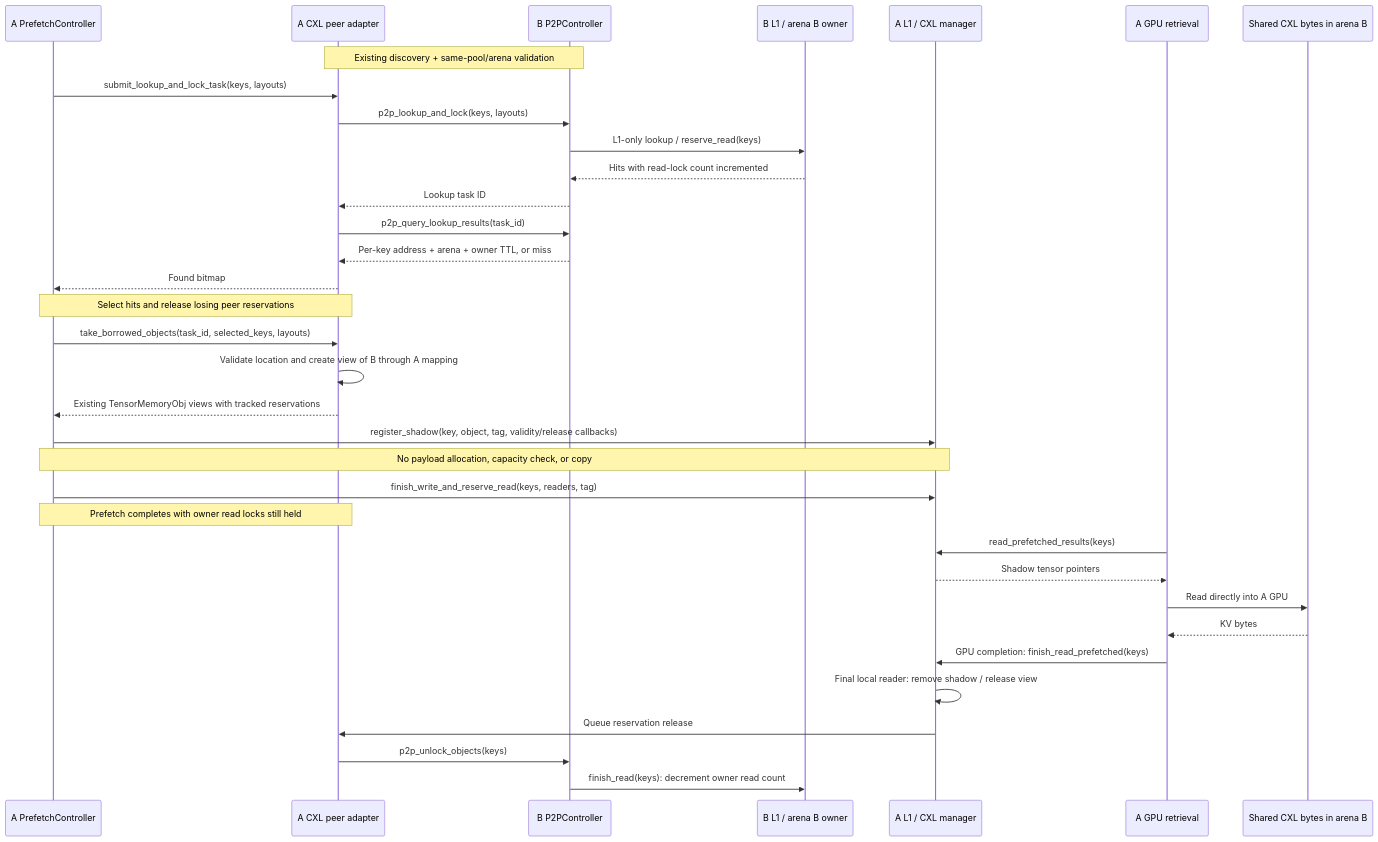
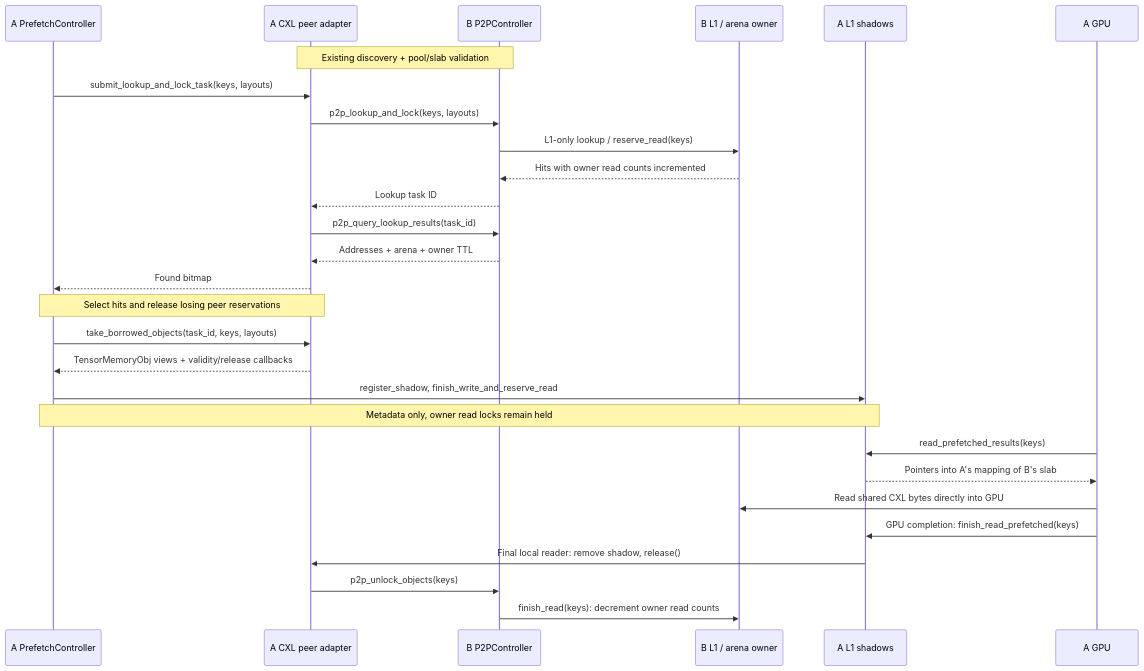
The diagram in docs/design/v1/cxl-kv-sharing.md (LMCache/LMCache), drawn with Mermaid before and after one commit. The commit also changed other lines of this file and 5 other files, not shown here.

Commit message:
refactor: simplify CXL shadow lifetimes

````diff
--- a/docs/design/v1/cxl-kv-sharing.md
+++ b/docs/design/v1/cxl-kv-sharing.md
@@ -110,37 +68,31 @@
 ```mermaid
 sequenceDiagram
     participant PC as A PrefetchController
     participant PA as A CXL peer adapter
     participant PB as B P2PController
-    participant LB as B L1 / arena B owner
-    participant LA as A L1 / CXL manager
-    participant GPU as A GPU retrieval
-    participant CXL as Shared CXL bytes in arena B
+    participant LB as B L1 / arena owner
+    participant LA as A L1 shadows
+    participant GPU as A GPU
 
-    Note over PA,PB: Existing discovery + same-pool/arena validation
+    Note over PA,PB: Existing discovery + pool/slab validation
     PC->>PA: submit_lookup_and_lock_task(keys, layouts)
     PA->>PB: p2p_lookup_and_lock(keys, layouts)
     PB->>LB: L1-only lookup / reserve_read(keys)
-    LB-->>PB: Hits with read-lock count incremented
+    LB-->>PB: Hits with owner read counts incremented
     PB-->>PA: Lookup task ID
     PA->>PB: p2p_query_lookup_results(task_id)
-    PB-->>PA: Per-key address + arena + owner TTL, or miss
+    PB-->>PA: Addresses + arena + owner TTL
     PA-->>PC: Found bitmap
     Note over PC,PA: Select hits and release losing peer reservations
-    PC->>PA: take_borrowed_objects(task_id, selected_keys, layouts)
-    PA->>PA: Validate location and create view of B through A mapping
-    PA-->>PC: Existing TensorMemoryObj views with tracked reservations
-    PC->>LA: register_shadow(key, object, tag, validity/release callbacks)
-    Note over PC,LA: No payload allocation, capacity check, or copy
-    PC->>LA: finish_write_and_reserve_read(keys, readers, tag)
-    Note over PC,PA: Prefetch completes with owner read locks still held
+    PC->>PA: take_borrowed_objects(task_id, keys, layouts)
+    PA-->>PC: TensorMemoryObj views + validity/release callbacks
+    PC->>LA: register_shadow, finish_write_and_reserve_read
+    Note over PC,LA: Metadata only, owner read locks remain held
     GPU->>LA: read_prefetched_results(keys)
-    LA-->>GPU: Shadow tensor pointers
-    GPU->>CXL: Read directly into A GPU
-    CXL-->>GPU: KV bytes
+    LA-->>GPU: Pointers into A's mapping of B's slab
+    GPU->>LB: Read shared CXL bytes directly into GPU
     GPU->>LA: GPU completion: finish_read_prefetched(keys)
-    LA->>LA: Final local reader: remove shadow / release view
-    LA->>PA: Queue reservation release
+    LA->>PA: Final local reader: remove shadow, release()
     PA->>PB: p2p_unlock_objects(keys)
-    PB->>LB: finish_read(keys): decrement owner read count
+    PB->>LB: finish_read(keys): decrement owner read counts
 ```
````
